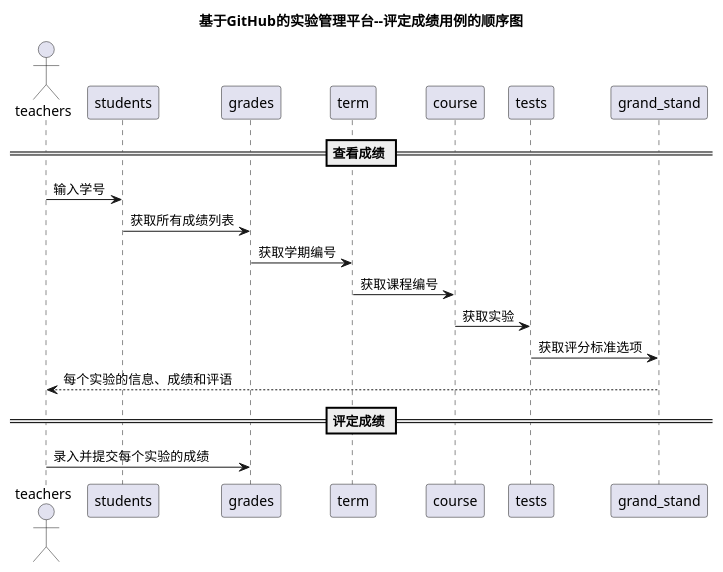
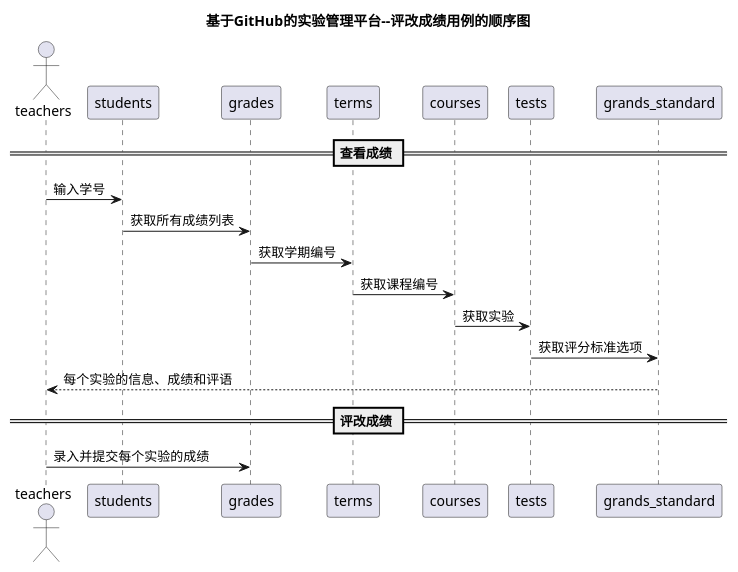
One commit to 201510414128/is_analysis-1 changed the diagram in test6/src/评改成绩.puml. Above: the diagram before and after it, drawn with PlantUML.

```diff
--- a/test6/src/评改成绩.puml
+++ b/test6/src/评改成绩.puml
@@ -1,14 +1,14 @@
 @startuml
-title 基于GitHub的实验管理平台--评定成绩用例的顺序图
+title 基于GitHub的实验管理平台--评改成绩用例的顺序图
 actor teachers
 == 查看成绩 ==
 teachers -> students : 输入学号
 students -> grades : 获取所有成绩列表
-grades -> term : 获取学期编号
-term -> course : 获取课程编号
-course -> tests : 获取实验
-tests -> grand_stand : 获取评分标准选项
-grand_stand --> teachers:每个实验的信息、成绩和评语
-== 评定成绩 ==
+grades -> terms : 获取学期编号
+terms -> courses : 获取课程编号
+courses -> tests : 获取实验
+tests -> grands_standard : 获取评分标准选项
+grands_standard --> teachers:每个实验的信息、成绩和评语
+== 评改成绩 ==
 teachers -> grades : 录入并提交每个实验的成绩
 @enduml
```
